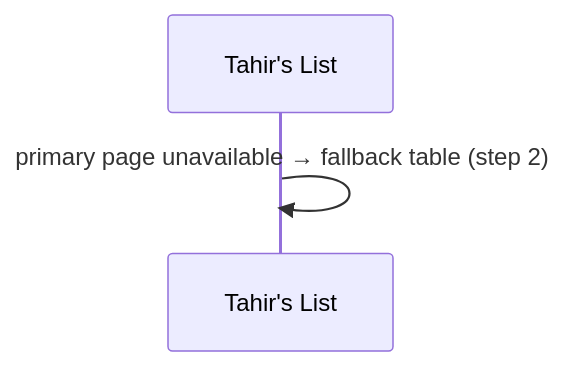
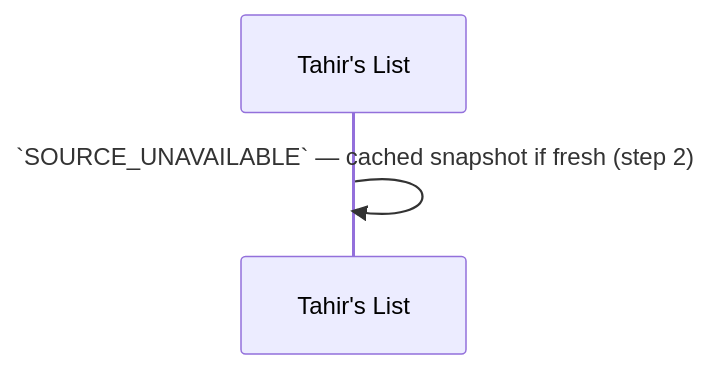
One commit to Losers-Lab/tahirs-list changed the third of 11 diagrams in docs/features/SC-211/04-blackbox/UC-01-run-sample-directory-ingestion.md. Above: the diagram before and after it, drawn with Mermaid. The commit also changed other lines of this file and 16 other files, not shown here.

````diff
--- a/docs/features/SC-211/04-blackbox/UC-01-run-sample-directory-ingestion.md
+++ b/docs/features/SC-211/04-blackbox/UC-01-run-sample-directory-ingestion.md
@@ -36,5 +37,5 @@
 ```mermaid
 sequenceDiagram
   participant TL as Tahir's List
-  TL->>TL: primary page unavailable → fallback table (step 2)
+  TL->>TL: `SOURCE_UNAVAILABLE` — cached snapshot if fresh (step 2)
 ```
````
